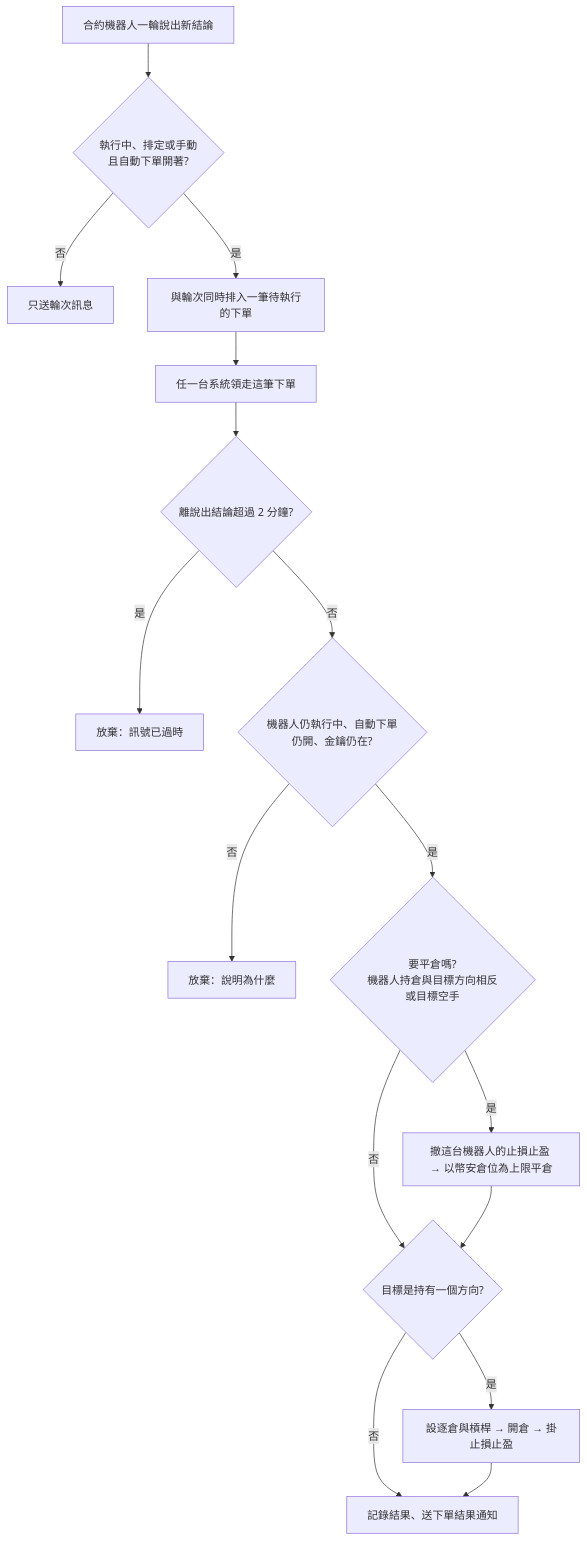
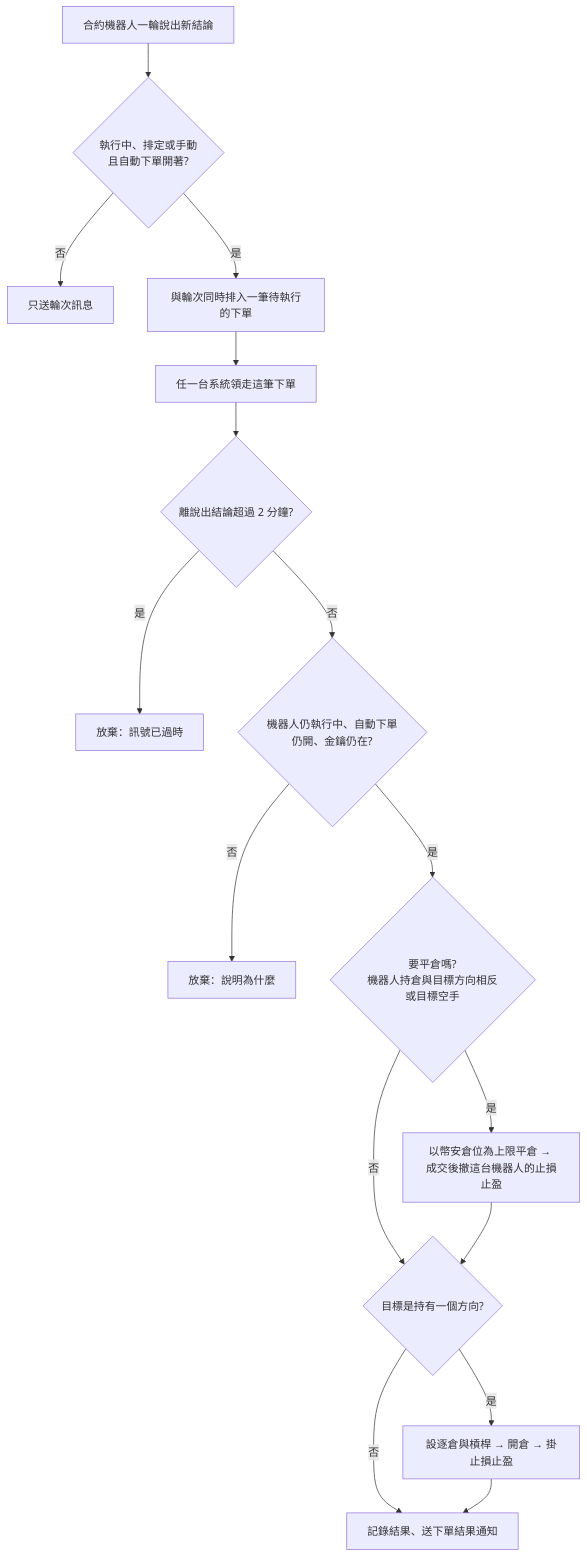
The diagram in .sdd/2026-10-04-contract-auto-order-execution/PRD.md (CodeMachine0121/go-trading), drawn with Mermaid before and after one commit. The commit also changed other lines of this file and 4 other files, not shown here.

````diff
--- a/.sdd/2026-10-04-contract-auto-order-execution/PRD.md
+++ b/.sdd/2026-10-04-contract-auto-order-execution/PRD.md
@@ -350,18 +368,18 @@
 ```mermaid
 flowchart TD
     R[合約機器人一輪說出新結論] --> Q{執行中、排定或手動<br/>且自動下單開著?}
     Q -- 否 --> M[只送輪次訊息]
     Q -- 是 --> P[與輪次同時排入一筆待執行的下單]
     P --> D[任一台系統領走這筆下單]
     D --> T{離說出結論超過 2 分鐘?}
     T -- 是 --> X1[放棄：訊號已過時]
     T -- 否 --> C{機器人仍執行中、自動下單仍開、金鑰仍在?}
     C -- 否 --> X2[放棄：說明為什麼]
     C -- 是 --> A{要平倉嗎?<br/>機器人持倉與目標方向相反或目標空手}
-    A -- 是 --> CL[撤這台機器人的止損止盈 → 以幣安倉位為上限平倉]
+    A -- 是 --> CL[以幣安倉位為上限平倉 → 成交後撤這台機器人的止損止盈]
     A -- 否 --> O
     CL --> O{目標是持有一個方向?}
     O -- 否 --> DONE[記錄結果、送下單結果通知]
     O -- 是 --> OP[設逐倉與槓桿 → 開倉 → 掛止損止盈]
     OP --> DONE
 ```
````
